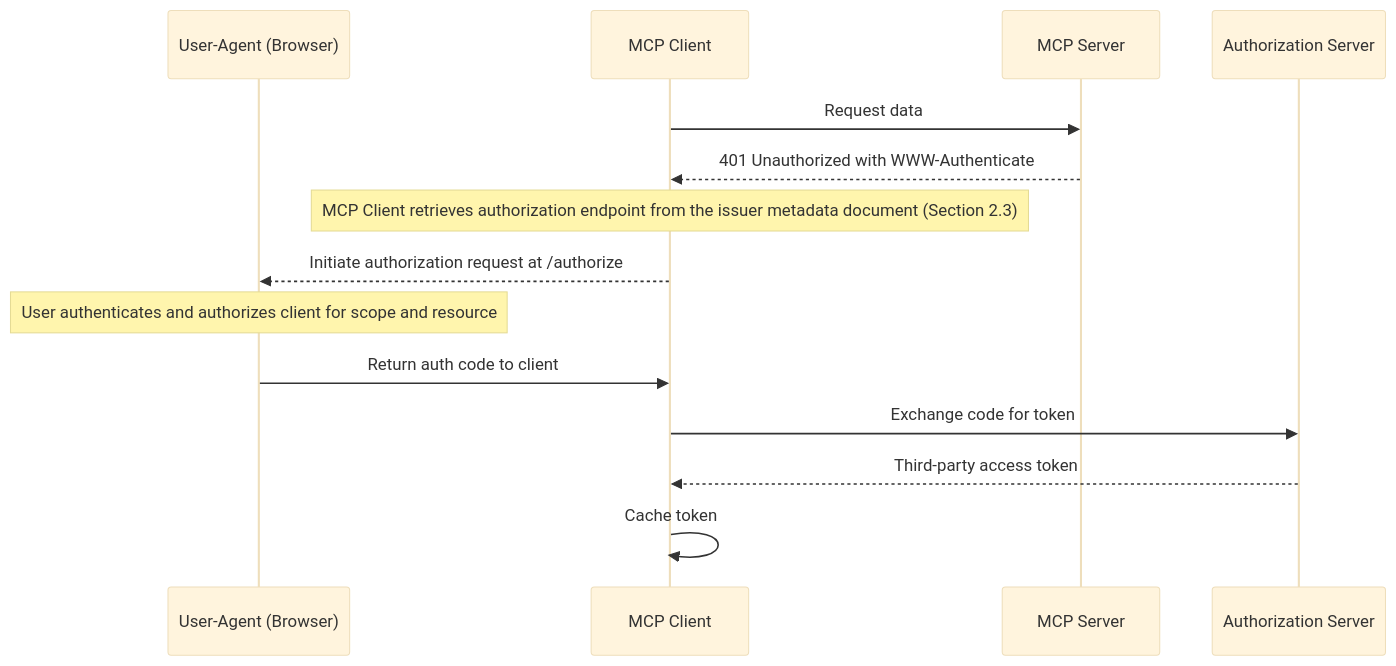
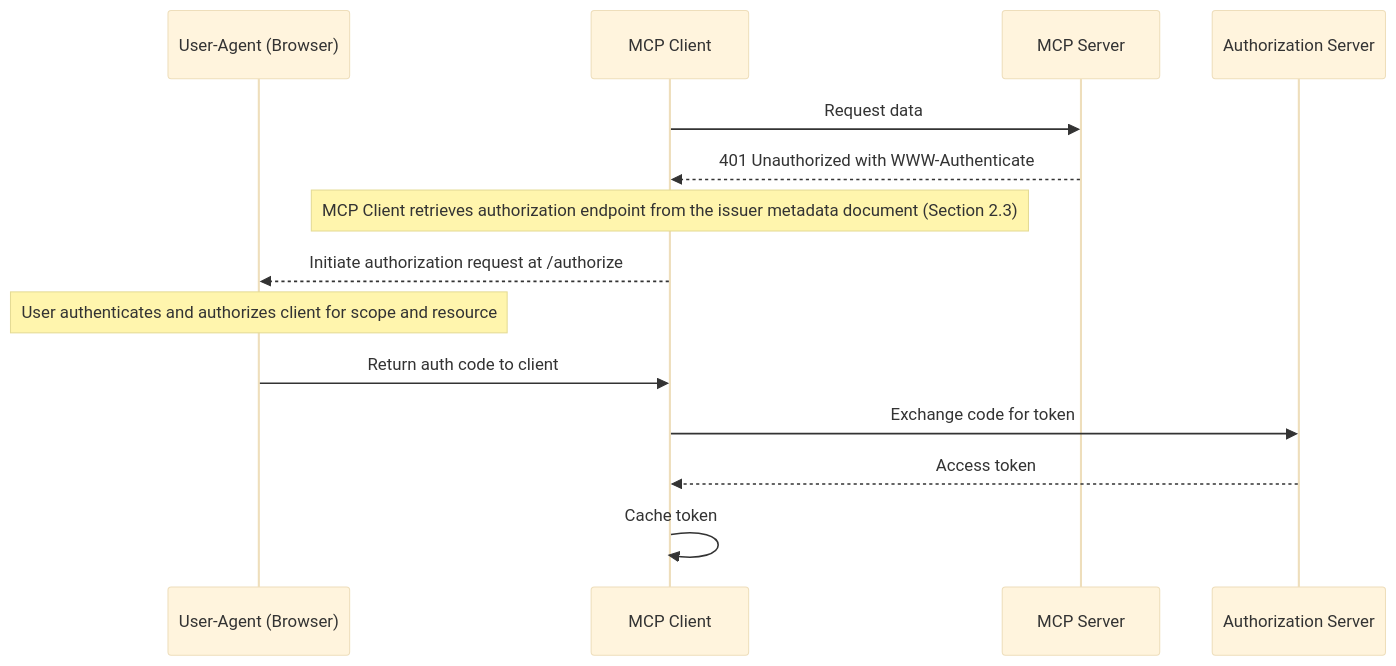
The second of 4 diagrams in docs/specification/2025-03-26/basic/authorization.mdx (pcarleton/specification), drawn with Mermaid (base theme) before and after one commit.

````diff
--- a/docs/specification/2025-03-26/basic/authorization.mdx
+++ b/docs/specification/2025-03-26/basic/authorization.mdx
@@ -203,17 +203,17 @@
 ```mermaid
 sequenceDiagram
     participant UA as User-Agent (Browser)
     participant MC as MCP Client
     participant MS as MCP Server
     participant AUTHZS as Authorization Server
 
     MC->>MS: Request data
     MS-->>MC: 401 Unauthorized with WWW-Authenticate
     Note over MC: MCP Client retrieves authorization endpoint from the issuer metadata document (Section 2.3)
     MC-->>UA: Initiate authorization request at /authorize
     Note over UA: User authenticates and authorizes client for scope and resource
     UA->>MC: Return auth code to client
     MC->>AUTHZS: Exchange code for token
-    AUTHZS-->>MC: Third-party access token
+    AUTHZS-->>MC: Access token
     MC->>MC: Cache token
 ```
````
